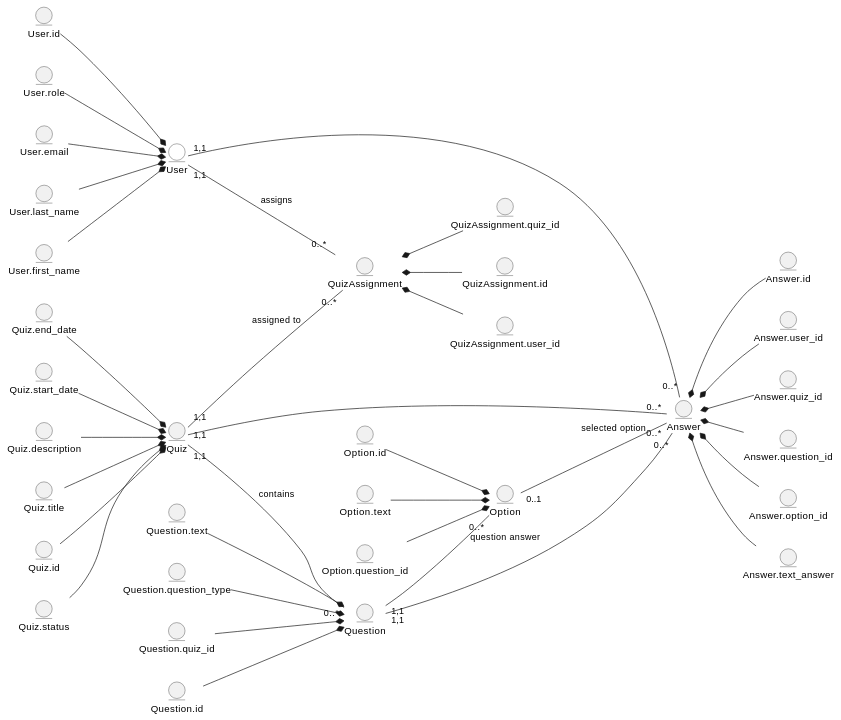
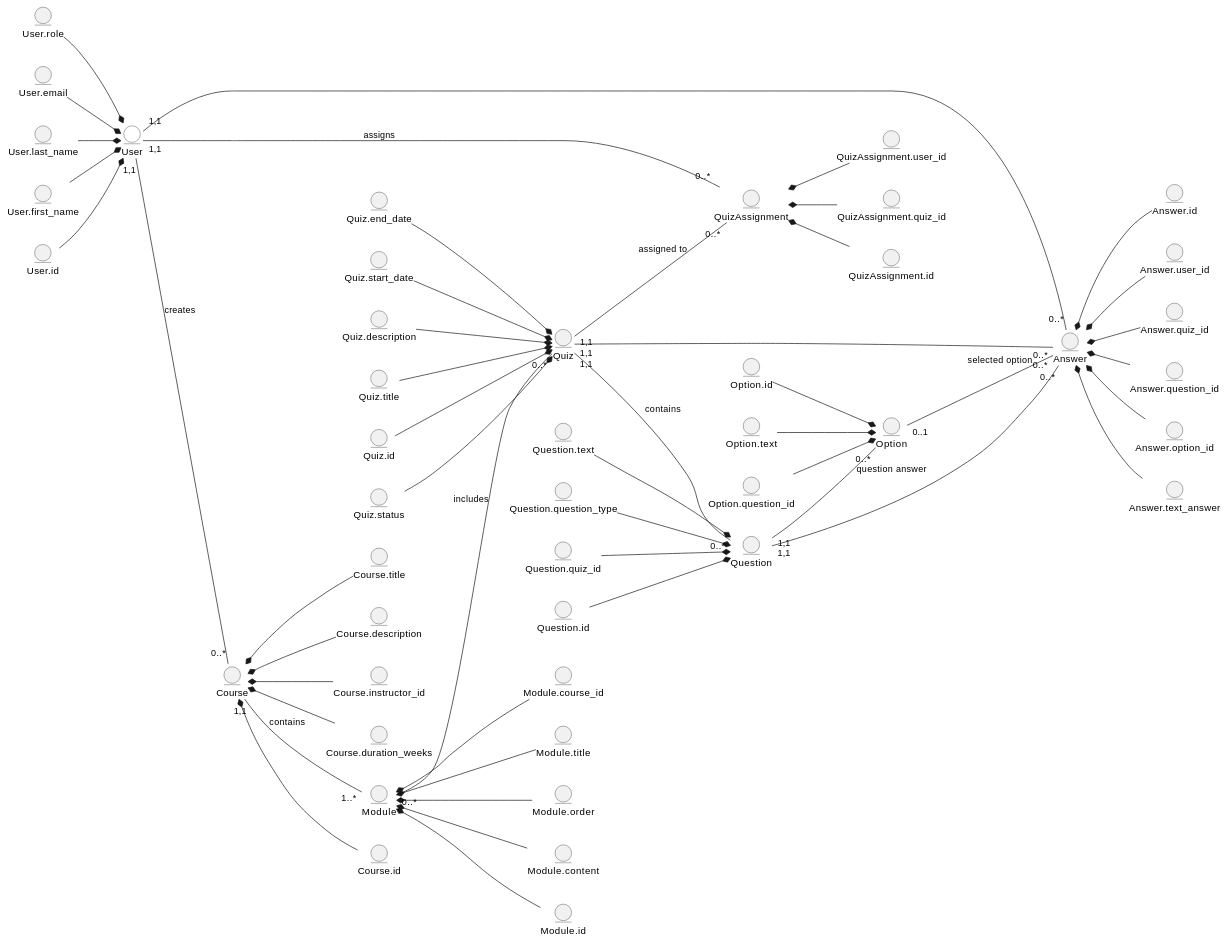
The diagram in docs/design/README.md (elidorbeth/edu_db_labs), drawn with PlantUML before and after one commit. The commit also changed other lines of this file, not shown here.

```diff
--- a/docs/design/README.md
+++ b/docs/design/README.md
@@ -44,8 +44,23 @@
 entity Answer.option_id
 entity Answer.text_answer
 
-' --- Композиція атрибутів до сутностей ---
+entity Course
+entity Course.id
+entity Course.title
+entity Course.description
+entity Course.instructor_id
+entity Course.duration_weeks
+
+entity Module
+entity Module.id
+entity Module.course_id
+entity Module.title
+entity Module.order
+entity Module.content
+
+' --- Композиція атрибутів ---
 left to right direction
+
 User *-u- User.id
 User *-u- User.first_name
 User *-u- User.last_name
@@ -79,7 +94,19 @@
 Answer *-- Answer.option_id
 Answer *-- Answer.text_answer
 
-' --- Зв'язки між основними сутностями з мультиплікацією ---
+Course *-- Course.id
+Course *-- Course.title
+Course *-- Course.description
+Course *-- Course.instructor_id
+Course *-- Course.duration_weeks
+
+Module *-- Module.id
+Module *-- Module.course_id
+Module *-- Module.title
+Module *-- Module.order
+Module *-- Module.content
+
+' --- Зв’язки між сутностями ---
 User "1,1" -- "0..*" QuizAssignment : assigns
 Quiz "1,1" -- "0..*" QuizAssignment : assigned to
 
@@ -91,4 +118,9 @@
 Question "1,1" -- "0..*" Answer : question answer
 Option "0..1" -- "0..*" Answer : selected option
 
+' --- НОВІ ЗВ'ЯЗКИ ---
+User "1,1" -- "0..*" Course : creates
+Course "1,1" -- "1..*" Module : contains
+Module "0..*" -- "0..*" Quiz : includes
+
 @enduml
```
